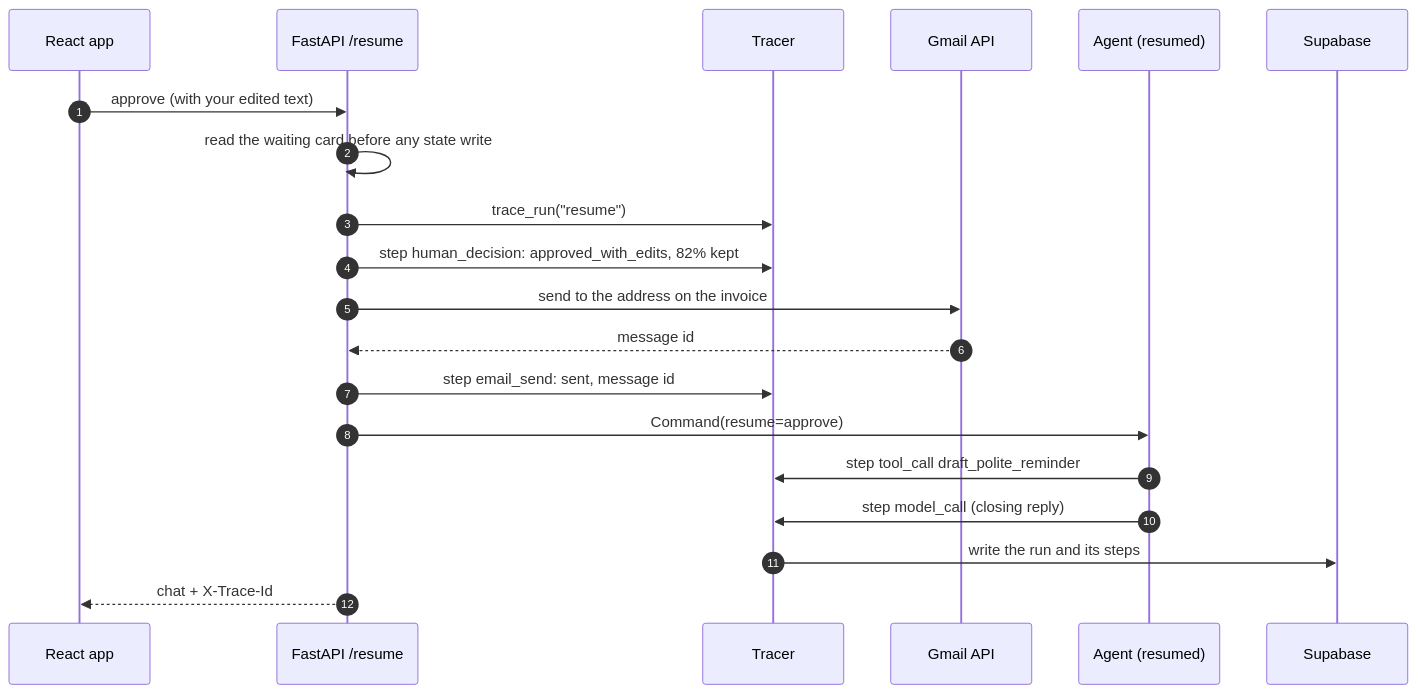
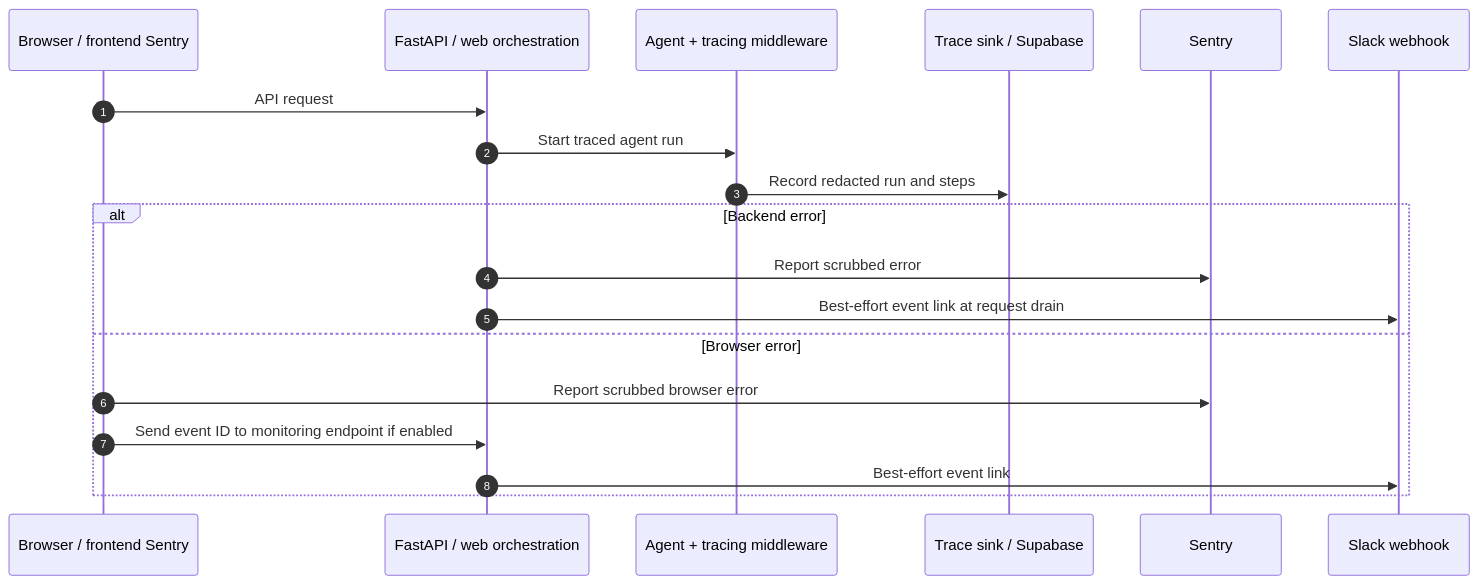
The seventh of 7 diagrams in README.md (code0monkey1/invoice-dispute-agent), drawn with Mermaid before and after one commit. The commit also changed other lines of this file, not shown here.

Commit message:
docs: map clean architecture flows and evaluation gates

````diff
--- a/README.md
+++ b/README.md
@@ -365,23 +236,21 @@
 ```mermaid
 sequenceDiagram
     autonumber
-    participant UI as React app
-    participant API as FastAPI /resume
-    participant T as Tracer
-    participant GM as Gmail API
-    participant AG as Agent (resumed)
-    participant DB as Supabase
-
-    UI->>API: approve (with your edited text)
-    API->>API: read the waiting card before any state write
-    API->>T: trace_run("resume")
-    API->>T: step human_decision: approved_with_edits, 82% kept
-    API->>GM: send to the address on the invoice
-    GM-->>API: message id
-    API->>T: step email_send: sent, message id
-    API->>AG: Command(resume=approve)
-    AG->>T: step tool_call draft_polite_reminder
-    AG->>T: step model_call (closing reply)
-    T->>DB: write the run and its steps
-    API-->>UI: chat + X-Trace-Id
+    participant UI as Browser / frontend Sentry
+    participant HTTP as FastAPI / web orchestration
+    participant Agent as Agent + tracing middleware
+    participant Trace as Trace sink / Supabase
+    participant Sentry as Sentry
+    participant Slack as Slack webhook
+    UI->>HTTP: API request
+    HTTP->>Agent: Start traced agent run
+    Agent->>Trace: Record redacted run and steps
+    alt Backend error
+        HTTP->>Sentry: Report scrubbed error
+        HTTP->>Slack: Best-effort event link at request drain
+    else Browser error
+        UI->>Sentry: Report scrubbed browser error
+        UI->>HTTP: Send event ID to monitoring endpoint if enabled
+        HTTP->>Slack: Best-effort event link
+    end
 ```
````
